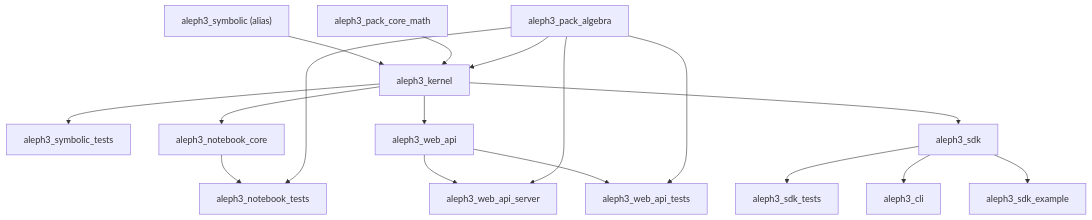
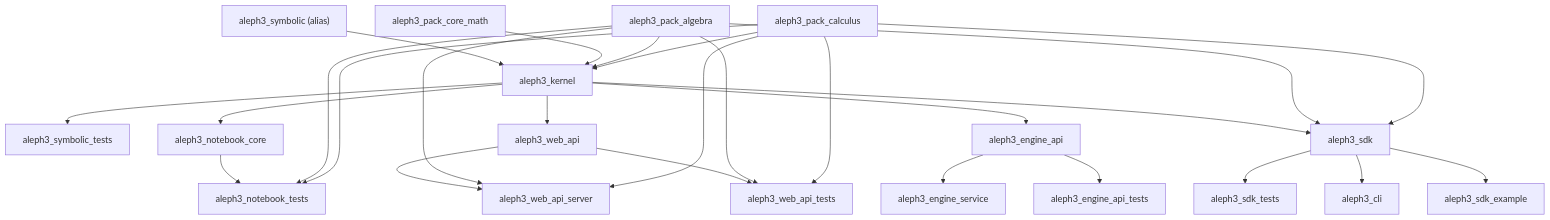
The diagram in docs/sdk/build_and_targets.md (sergiorf/aleph3), drawn with Mermaid before and after one commit. The commit also changed other lines of this file and 10 other files, not shown here.

First line of the commit message:
docs: refresh architecture and glossary for current engine

````diff
--- a/docs/sdk/build_and_targets.md
+++ b/docs/sdk/build_and_targets.md
@@ -53,19 +58,28 @@
 ```mermaid
 flowchart TD
     Kernel["aleph3_kernel"] --> SymbolicTests["aleph3_symbolic_tests"]
     Symbolic["aleph3_symbolic (alias)"] --> Kernel
     CoreMath["aleph3_pack_core_math"] --> Kernel
     Algebra["aleph3_pack_algebra"] --> Kernel
+    Calculus["aleph3_pack_calculus"] --> Kernel
     Kernel --> NotebookCore["aleph3_notebook_core"]
     NotebookCore --> NotebookTests["aleph3_notebook_tests"]
     Algebra --> NotebookTests
+    Calculus --> NotebookTests
     Kernel --> WebApi["aleph3_web_api"]
     WebApi --> WebApiServer["aleph3_web_api_server"]
     WebApi --> WebApiTests["aleph3_web_api_tests"]
     Algebra --> WebApiServer
     Algebra --> WebApiTests
+    Calculus --> WebApiServer
+    Calculus --> WebApiTests
+    Kernel --> EngineApi["aleph3_engine_api"]
+    EngineApi --> EngineService["aleph3_engine_service"]
+    EngineApi --> EngineApiTests["aleph3_engine_api_tests"]
     Kernel --> Sdk["aleph3_sdk"]
+    Algebra --> Sdk
+    Calculus --> Sdk
     Sdk --> SdkTests["aleph3_sdk_tests"]
     Sdk --> Cli["aleph3_cli"]
     Sdk --> Example["aleph3_sdk_example"]
 ```
````
